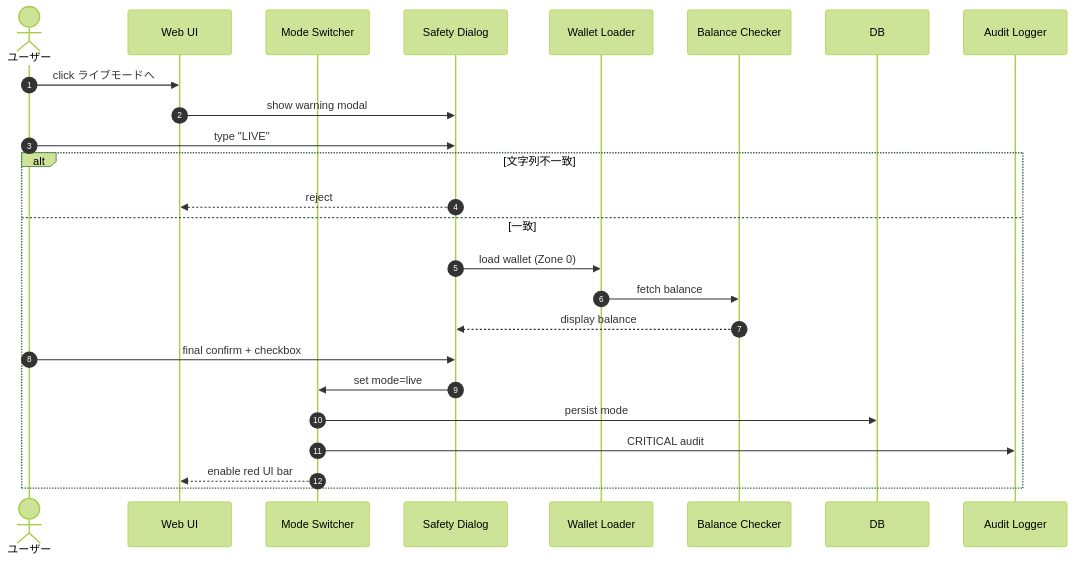
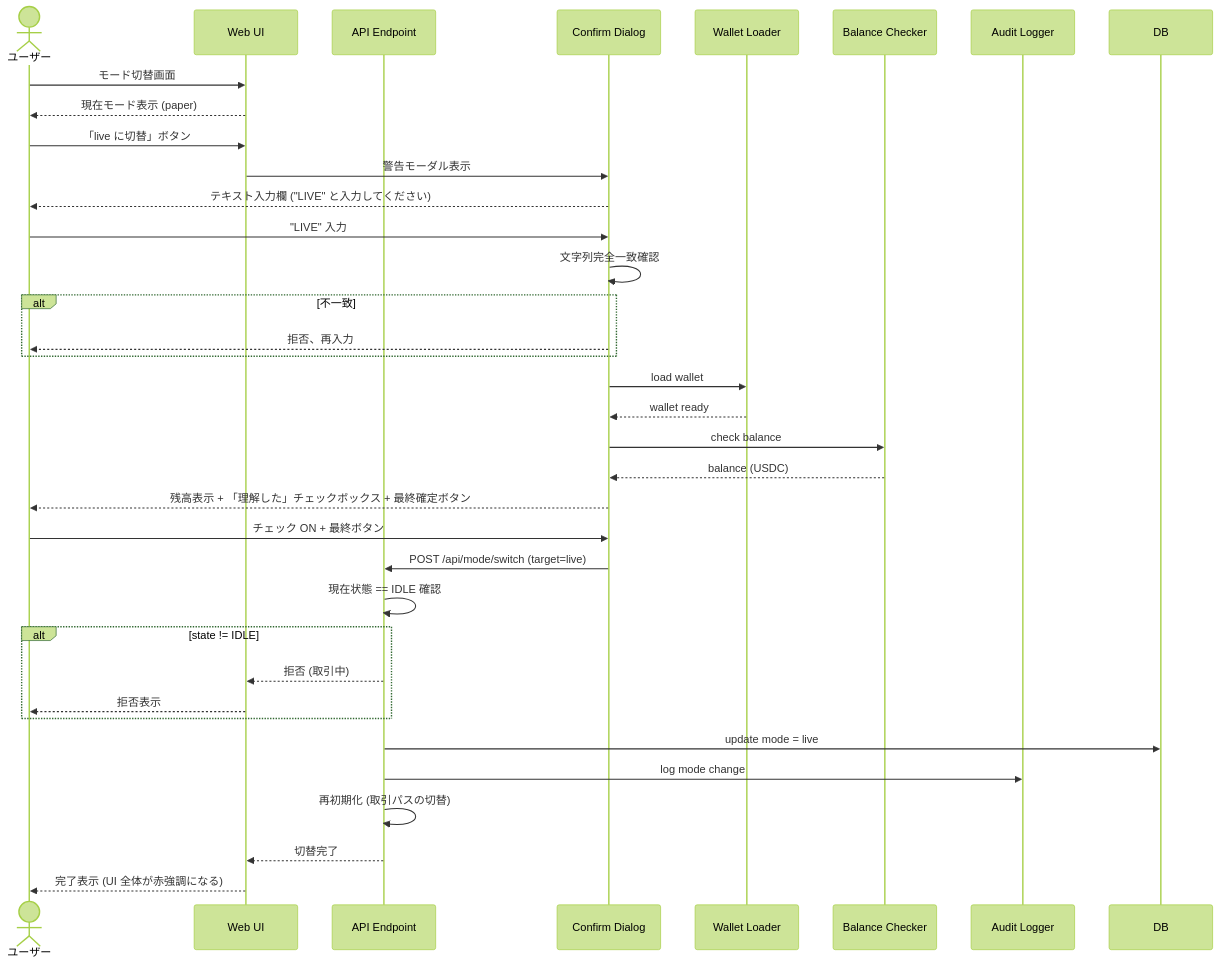
One commit to matrix9neonebuchadnezzar2199-sketch/YoRuu changed the sixth of 7 diagrams in docs/design/06_sequence.md. Above: the diagram before and after it, drawn with Mermaid (forest theme). The commit also changed other lines of this file and 8 other files, not shown here.

````diff
--- a/docs/design/06_sequence.md
+++ b/docs/design/06_sequence.md
@@ -198,28 +258,39 @@
 ```mermaid
 sequenceDiagram
-    autonumber
     actor U as ユーザー
-    participant WEB as Web UI
-    participant MS as Mode Switcher
-    participant DLG as Safety Dialog
+    participant UI as Web UI
+    participant AP as API Endpoint
+    participant CD as Confirm Dialog
     participant WL as Wallet Loader
     participant BC as Balance Checker
-    participant DB as DB
-    participant AUD as Audit Logger
+    participant AL as Audit Logger
+    participant DB
 
-    U->>WEB: click ライブモードへ
-    WEB->>DLG: show warning modal
-    U->>DLG: type "LIVE"
-    alt 文字列不一致
-        DLG-->>WEB: reject
-    else 一致
-        DLG->>WL: load wallet (Zone 0)
-        WL->>BC: fetch balance
-        BC-->>DLG: display balance
-        U->>DLG: final confirm + checkbox
-        DLG->>MS: set mode=live
-        MS->>DB: persist mode
-        MS->>AUD: CRITICAL audit
-        MS-->>WEB: enable red UI bar
+    U->>UI: モード切替画面
+    UI-->>U: 現在モード表示 (paper)
+    U->>UI: 「live に切替」ボタン
+    UI->>CD: 警告モーダル表示
+    CD-->>U: テキスト入力欄 ("LIVE" と入力してください)
+    U->>CD: "LIVE" 入力
+    CD->>CD: 文字列完全一致確認
+    alt 不一致
+        CD-->>U: 拒否、再入力
     end
+    CD->>WL: load wallet
+    WL-->>CD: wallet ready
+    CD->>BC: check balance
+    BC-->>CD: balance (USDC)
+    CD-->>U: 残高表示 + 「理解した」チェックボックス + 最終確定ボタン
+    U->>CD: チェック ON + 最終ボタン
+    CD->>AP: POST /api/mode/switch (target=live)
+    AP->>AP: 現在状態 == IDLE 確認
+    alt state != IDLE
+        AP-->>UI: 拒否 (取引中)
+        UI-->>U: 拒否表示
+    end
+    AP->>DB: update mode = live
+    AP->>AL: log mode change
+    AP->>AP: 再初期化 (取引パスの切替)
+    AP-->>UI: 切替完了
+    UI-->>U: 完了表示 (UI 全体が赤強調になる)
 ```
````
